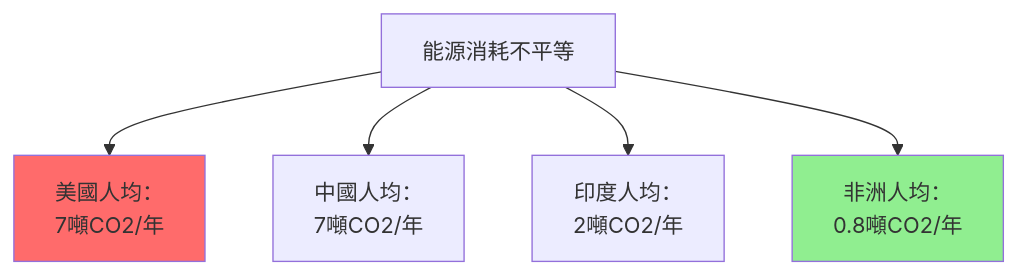
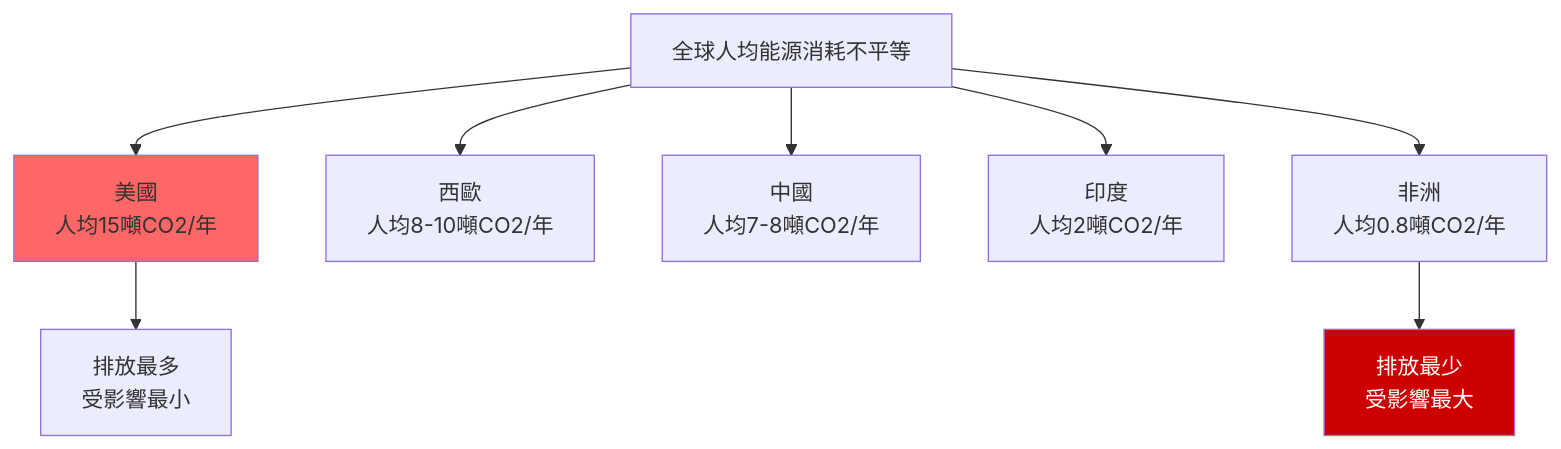
One commit to yip-lgtm/HKU-Harvard-History-Self-Study changed the ninth of 10 diagrams in 01_HKU_Courses/HIST2193_History_of_Energy.md. Above: the diagram before and after it, drawn with Mermaid. The commit also changed other lines of this file and 22 other files, not shown here.

````diff
--- a/01_HKU_Courses/HIST2193_History_of_Energy.md
+++ b/01_HKU_Courses/HIST2193_History_of_Energy.md
@@ -165,9 +455,14 @@
 ```mermaid
 graph TD
-    A["能源消耗不平等"] --> B["美國人均：<br/>7噸CO2/年"]
-    A --> C["中國人均：<br/>7噸CO2/年"]
-    A --> D["印度人均：<br/>2噸CO2/年"]
-    A --> E["非洲人均：<br/>0.8噸CO2/年"]
-    style E fill:#90EE90
-    style B fill:#FF6B6B
+    A[全球人均能源消耗不平等] --> B[美國<br/>人均15噸CO2/年]
+    A --> C[西歐<br/>人均8-10噸CO2/年]
+    A --> D[中國<br/>人均7-8噸CO2/年]
+    A --> E[印度<br/>人均2噸CO2/年]
+    A --> F[非洲<br/>人均0.8噸CO2/年]
+    
+    B --> B1[排放最多<br/>受影響最小]
+    F --> F1[排放最少<br/>受影響最大]
+    
+    style B fill:#f66
+    style F1 fill:#c00,color:#fff
 ```
````
